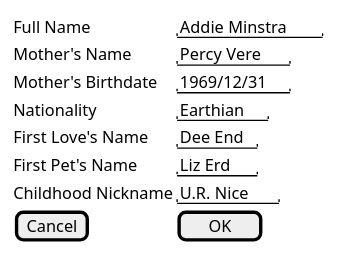
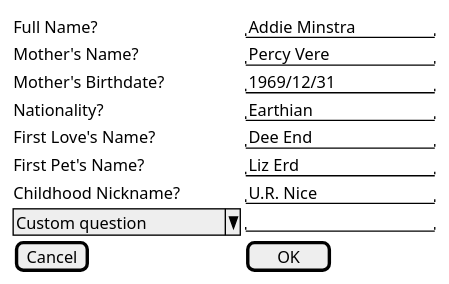
One commit to ethereum/EIPs changed the sixth of 11 diagrams in EIPS/eip-2429.md. Above: the diagram before and after it, drawn with PlantUML. The commit also changed other lines of this file, not shown here.

````diff
--- a/EIPS/eip-2429.md
+++ b/EIPS/eip-2429.md
@@ -217,14 +238,15 @@
 ```plantuml
 @startsalt
 {
-  Full Name          | "Addie Minstra"
-  Mother's Name      | "Percy Vere"
-  Mother's Birthdate | "1969/12/31"
-  Nationality        | "Earthian"
-  First Love's Name  | "Dee End"
-  First Pet's Name   | "Liz Erd"
-  Childhood Nickname | "U.R. Nice"
-  [Cancel]           | [  OK   ]
+  Full Name?            | "Addie Minstra    "
+  Mother's Name?        | "Percy Vere       "
+  Mother's Birthdate?   | "1969/12/31       "
+  Nationality?          | "Earthian         "
+  First Love's Name?    | "Dee End          "
+  First Pet's Name?     | "Liz Erd          "
+  Childhood Nickname?   | "U.R. Nice        "
+  ^Custom question    ^ | "                 " 
+  [Cancel]              | [  OK   ]
 }
 @endsalt
 ```
````
